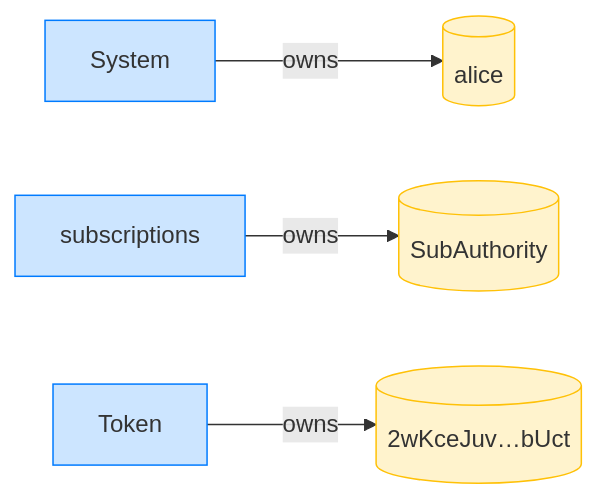
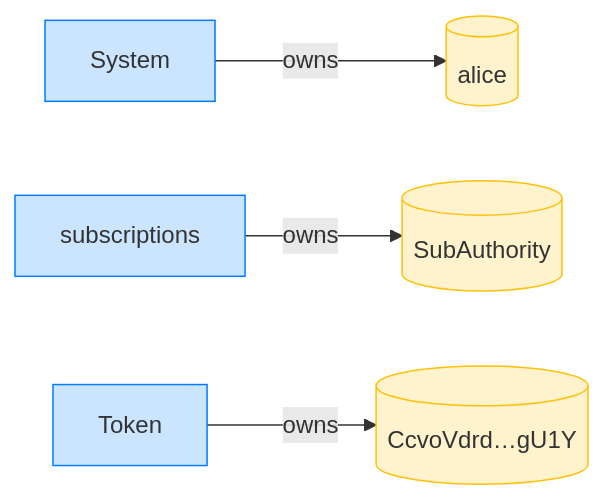
The fourth of 12 diagrams in dsl_tests/cancel-caps-expiry-at-the-plan-end-ts.md (cds-rs/subscriptions), drawn with Mermaid before and after one commit. The commit also changed other lines of this file and 224 other files, not shown here.

````diff
--- a/dsl_tests/cancel-caps-expiry-at-the-plan-end-ts.md
+++ b/dsl_tests/cancel-caps-expiry-at-the-plan-end-ts.md
@@ -73,14 +78,14 @@
 ```mermaid
 flowchart LR
     classDef owner fill:#cce5ff,stroke:#007bff;
     classDef account fill:#fff3cd,stroke:#ffc107;
     System[System]:::owner
     alice[(alice)]:::account
     subscriptions[subscriptions]:::owner
     SubAuthority[(SubAuthority)]:::account
     Token[Token]:::owner
-    2wKceJuv_bUct[("2wKceJuv…bUct")]:::account
+    CcvoVdrd_gU1Y[("CcvoVdrd…gU1Y")]:::account
     System -->|owns| alice
     subscriptions -->|owns| SubAuthority
-    Token -->|owns| 2wKceJuv_bUct
+    Token -->|owns| CcvoVdrd_gU1Y
 ```
````
